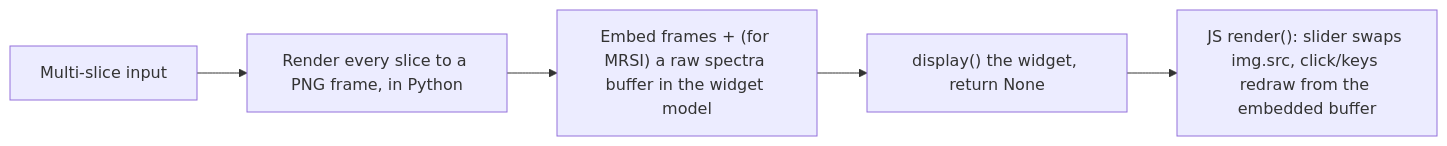
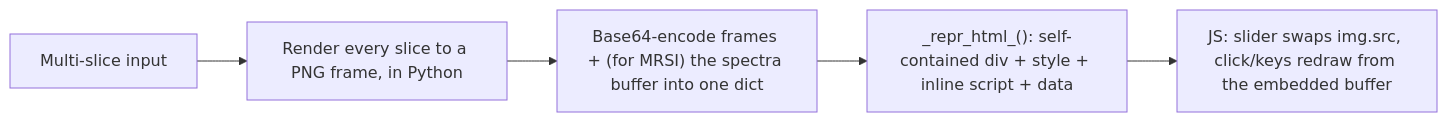
One commit to bastigw/mnutils changed the diagram in docs/diary/2026-08-14-anywidget-slice-viewer.md. Above: the diagram before and after it, drawn with Mermaid. The commit also changed other lines of this file, not shown here.

````diff
--- a/docs/diary/2026-08-14-anywidget-slice-viewer.md
+++ b/docs/diary/2026-08-14-anywidget-slice-viewer.md
@@ -31,8 +46,8 @@
 ```{mermaid}
 %%{init: {'flowchart': {'htmlLabels': false}}}%%
 flowchart LR
     A["Multi-slice input"] --> B["Render every slice to a PNG frame, in Python"]
-    B --> C["Embed frames + (for MRSI) a raw spectra buffer in the widget model"]
-    C --> D["display() the widget, return None"]
-    D --> E["JS render(): slider swaps img.src, click/keys redraw from the embedded buffer"]
+    B --> C["Base64-encode frames + (for MRSI) the spectra buffer into one dict"]
+    C --> D["_repr_html_(): self-contained div + style + inline script + data"]
+    D --> E["JS: slider swaps img.src, click/keys redraw from the embedded buffer"]
 ```
````
